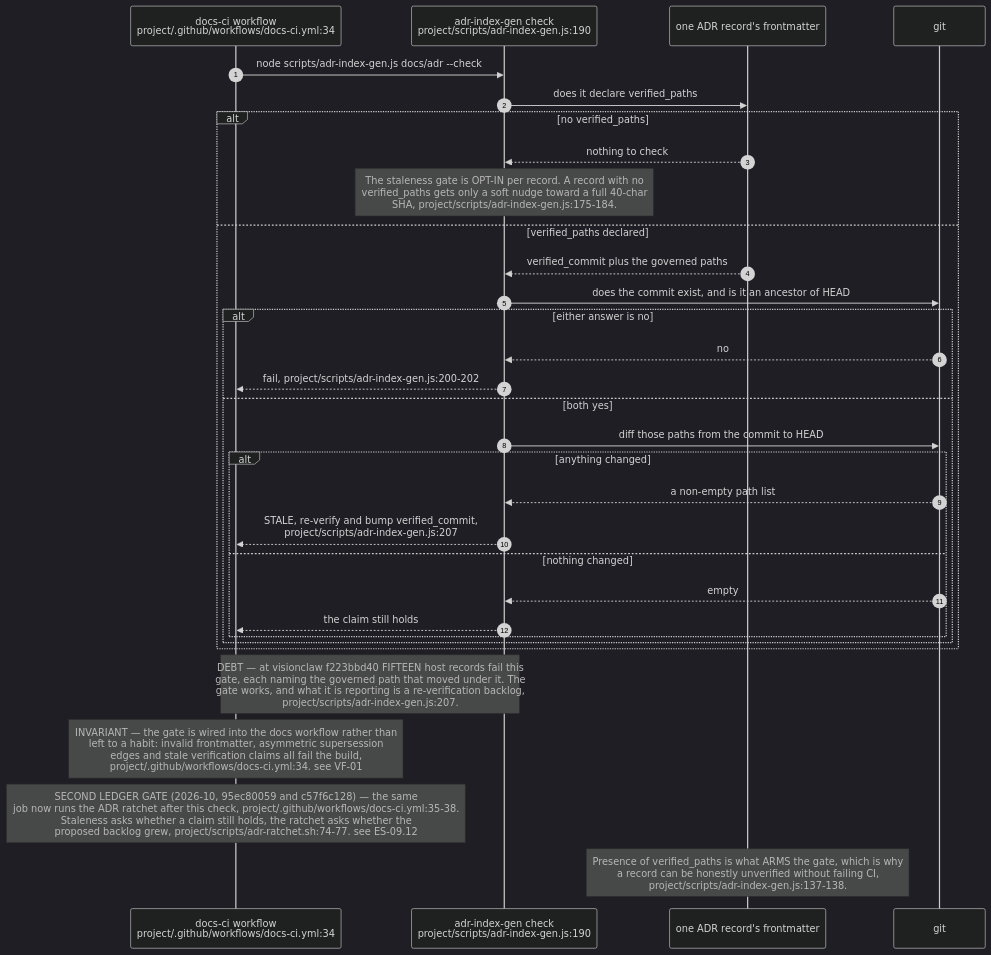
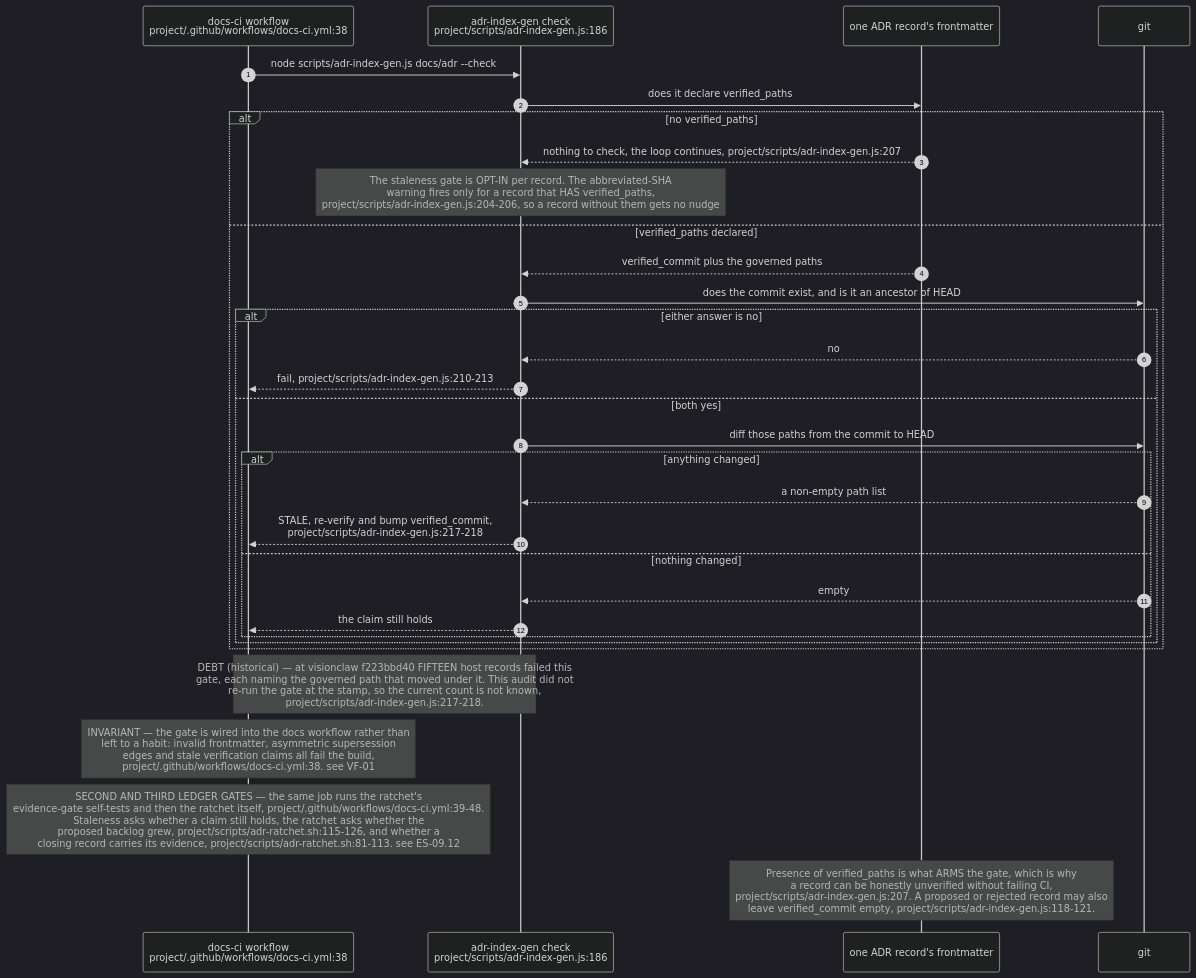
One commit to DreamLab-AI/VisionFlow changed diagram 23 of 24 in docs/diagrams/estate/09-build-deploy-and-ci-estate.md. Above: the diagram before and after it, drawn with Mermaid (dark theme). The commit also changed other lines of this file and 91 other files, not shown here.

````diff
--- a/docs/diagrams/estate/09-build-deploy-and-ci-estate.md
+++ b/docs/diagrams/estate/09-build-deploy-and-ci-estate.md
@@ -796,36 +822,36 @@
 ```mermaid
 sequenceDiagram
     autonumber
-    participant CI as docs-ci workflow<br/>project/.github/workflows/docs-ci.yml:34
-    participant GEN as adr-index-gen check<br/>project/scripts/adr-index-gen.js:190
+    participant CI as docs-ci workflow<br/>project/.github/workflows/docs-ci.yml:38
+    participant GEN as adr-index-gen check<br/>project/scripts/adr-index-gen.js:186
     participant REC as one ADR record's frontmatter
     participant GIT as git
 
     CI->>GEN: node scripts/adr-index-gen.js docs/adr --check
     GEN->>REC: does it declare verified_paths
     alt no verified_paths
-        REC-->>GEN: nothing to check
-        Note over GEN: The staleness gate is OPT-IN per record. A record with no<br/>verified_paths gets only a soft nudge toward a full 40-char<br/>SHA, project/scripts/adr-index-gen.js:175-184.
+        REC-->>GEN: nothing to check, the loop continues, project/scripts/adr-index-gen.js:207
+        Note over GEN: The staleness gate is OPT-IN per record. The abbreviated-SHA<br/>warning fires only for a record that HAS verified_paths,<br/>project/scripts/adr-index-gen.js:204-206, so a record without them gets no nudge
     else verified_paths declared
         REC-->>GEN: verified_commit plus the governed paths
         GEN->>GIT: does the commit exist, and is it an ancestor of HEAD
         alt either answer is no
             GIT-->>GEN: no
-            GEN-->>CI: fail, project/scripts/adr-index-gen.js:200-202
+            GEN-->>CI: fail, project/scripts/adr-index-gen.js:210-213
         else both yes
             GEN->>GIT: diff those paths from the commit to HEAD
             alt anything changed
                 GIT-->>GEN: a non-empty path list
-                GEN-->>CI: STALE, re-verify and bump verified_commit,<br/>project/scripts/adr-index-gen.js:207
+                GEN-->>CI: STALE, re-verify and bump verified_commit,<br/>project/scripts/adr-index-gen.js:217-218
             else nothing changed
                 GIT-->>GEN: empty
                 GEN-->>CI: the claim still holds
             end
         end
     end
 
-    Note over GEN,CI: DEBT — at visionclaw f223bbd40 FIFTEEN host records fail this<br/>gate, each naming the governed path that moved under it. The<br/>gate works, and what it is reporting is a re-verification backlog,<br/>project/scripts/adr-index-gen.js:207.
-    Note over CI: INVARIANT — the gate is wired into the docs workflow rather than<br/>left to a habit: invalid frontmatter, asymmetric supersession<br/>edges and stale verification claims all fail the build,<br/>project/.github/workflows/docs-ci.yml:34. see VF-01
-    Note over CI: SECOND LEDGER GATE (2026-10, 95ec80059 and c57f6c128) — the same<br/>job now runs the ADR ratchet after this check, project/.github/workflows/docs-ci.yml:35-38.<br/>Staleness asks whether a claim still holds, the ratchet asks whether the<br/>proposed backlog grew, project/scripts/adr-ratchet.sh:74-77. see ES-09.12
-    Note over REC: Presence of verified_paths is what ARMS the gate, which is why<br/>a record can be honestly unverified without failing CI,<br/>project/scripts/adr-index-gen.js:137-138.
+    Note over GEN,CI: DEBT (historical) — at visionclaw f223bbd40 FIFTEEN host records failed this<br/>gate, each naming the governed path that moved under it. This audit did not<br/>re-run the gate at the stamp, so the current count is not known,<br/>project/scripts/adr-index-gen.js:217-218.
+    Note over CI: INVARIANT — the gate is wired into the docs workflow rather than<br/>left to a habit: invalid frontmatter, asymmetric supersession<br/>edges and stale verification claims all fail the build,<br/>project/.github/workflows/docs-ci.yml:38. see VF-01
+    Note over CI: SECOND AND THIRD LEDGER GATES — the same job runs the ratchet's<br/>evidence-gate self-tests and then the ratchet itself, project/.github/workflows/docs-ci.yml:39-48.<br/>Staleness asks whether a claim still holds, the ratchet asks whether the<br/>proposed backlog grew, project/scripts/adr-ratchet.sh:115-126, and whether a<br/>closing record carries its evidence, project/scripts/adr-ratchet.sh:81-113. see ES-09.12
+    Note over REC: Presence of verified_paths is what ARMS the gate, which is why<br/>a record can be honestly unverified without failing CI,<br/>project/scripts/adr-index-gen.js:207. A proposed or rejected record may also<br/>leave verified_commit empty, project/scripts/adr-index-gen.js:118-121.
 ```
````
